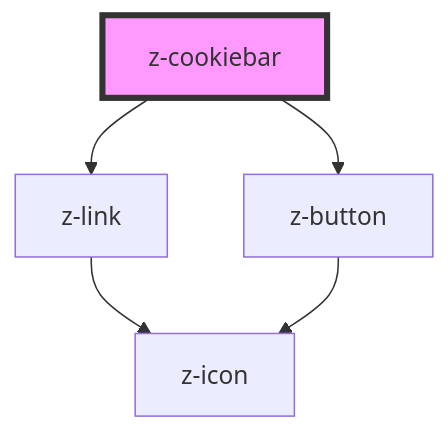
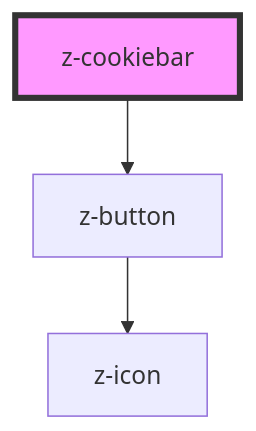
One commit to ZanichelliEditore/design-system changed the diagram in src/components/notification/z-cookiebar/readme.md. Above: the diagram before and after it, drawn with Mermaid. The commit also changed other lines of this file and 7 other files, not shown here.

````diff
--- a/src/components/notification/z-cookiebar/readme.md
+++ b/src/components/notification/z-cookiebar/readme.md
@@ -26,8 +25,6 @@
 ```mermaid
 graph TD;
-  z-cookiebar --> z-link
   z-cookiebar --> z-button
-  z-link --> z-icon
   z-button --> z-icon
   style z-cookiebar fill:#f9f,stroke:#333,stroke-width:4px
 ```
````
